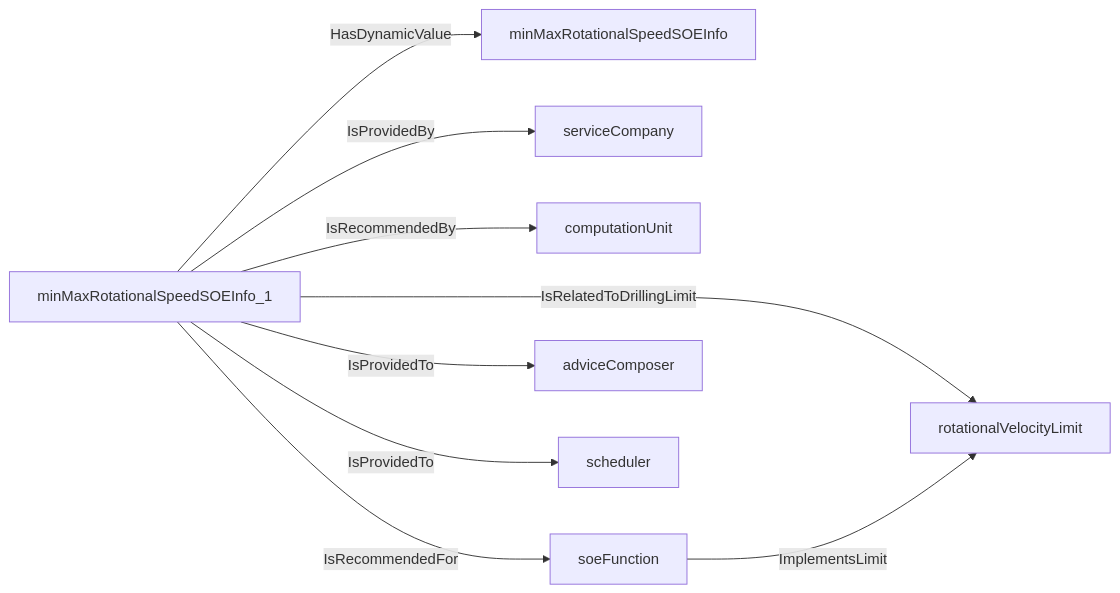
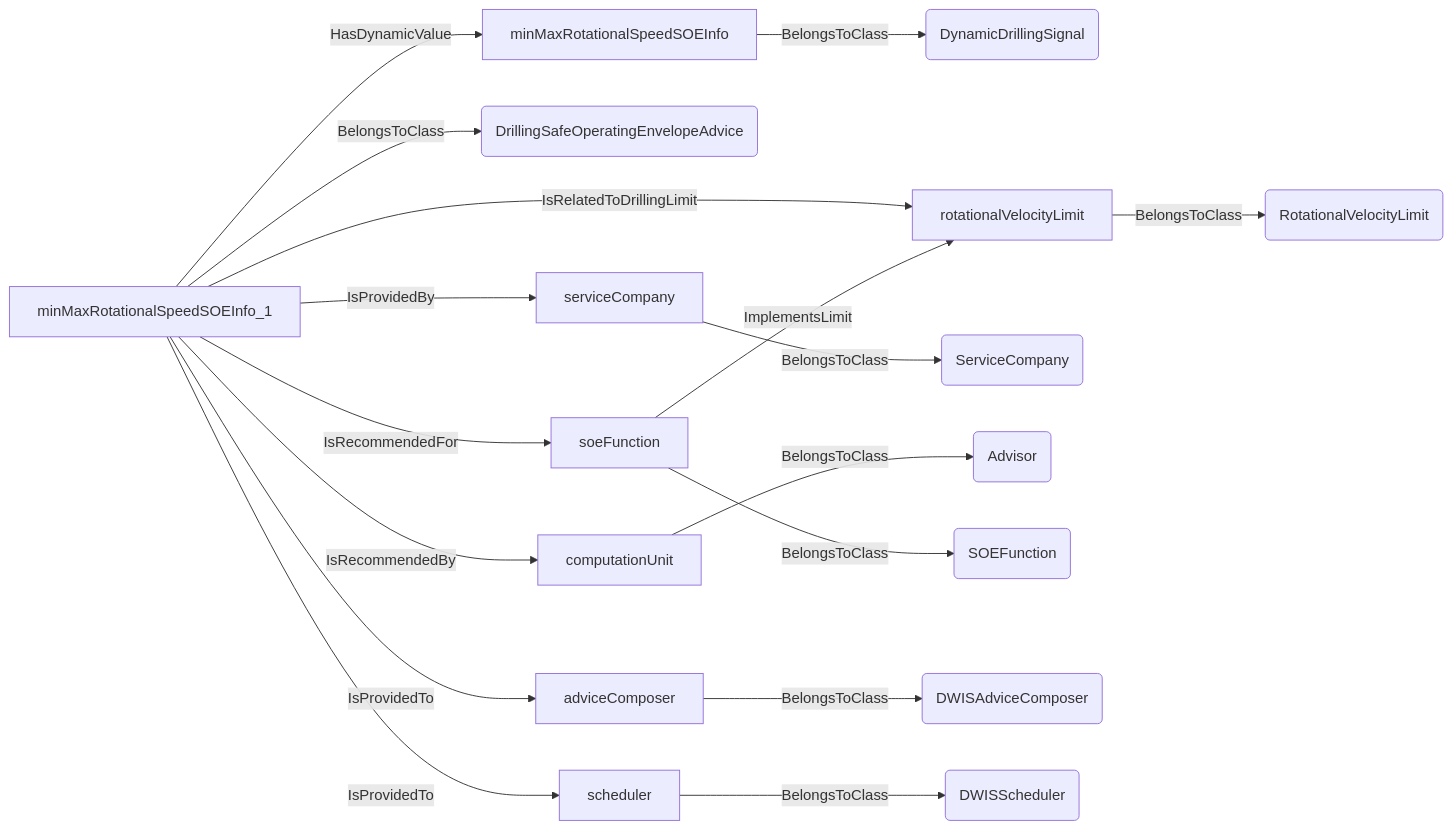
The third of 11 diagrams in docs/vocabulary_development/auto-generated/md/definition-files/DrillingLimit.md (D-WIS/DDHub-Semantic-Interoperability), drawn with Mermaid before and after one commit. The commit also changed other lines of this file and 14 other files, not shown here.

````diff
--- a/docs/vocabulary_development/auto-generated/md/definition-files/DrillingLimit.md
+++ b/docs/vocabulary_development/auto-generated/md/definition-files/DrillingLimit.md
@@ -104,11 +120,19 @@
 ```mermaid
 graph LR
-	N0000[minMaxRotationalSpeedSOEInfo_1] -->|HasDynamicValue| N0001[minMaxRotationalSpeedSOEInfo] 
-	N0000[minMaxRotationalSpeedSOEInfo_1] -->|IsRelatedToDrillingLimit| N0002[rotationalVelocityLimit] 
-	N0000[minMaxRotationalSpeedSOEInfo_1] -->|IsProvidedBy| N0003[serviceCompany] 
-	N0000[minMaxRotationalSpeedSOEInfo_1] -->|IsRecommendedBy| N0004[computationUnit] 
-	N0005[soeFunction] -->|ImplementsLimit| N0002[rotationalVelocityLimit] 
-	N0000[minMaxRotationalSpeedSOEInfo_1] -->|IsRecommendedFor| N0005[soeFunction] 
-	N0000[minMaxRotationalSpeedSOEInfo_1] -->|IsProvidedTo| N0006[adviceComposer] 
-	N0000[minMaxRotationalSpeedSOEInfo_1] -->|IsProvidedTo| N0007[scheduler] 
+	N0000[minMaxRotationalSpeedSOEInfo] -->|BelongsToClass| N0001(DynamicDrillingSignal) 
+	N0002[minMaxRotationalSpeedSOEInfo_1] -->|BelongsToClass| N0003(DrillingSafeOperatingEnvelopeAdvice) 
+	N0002[minMaxRotationalSpeedSOEInfo_1] -->|HasDynamicValue| N0000[minMaxRotationalSpeedSOEInfo] 
+	N0004[rotationalVelocityLimit] -->|BelongsToClass| N0005(RotationalVelocityLimit) 
+	N0002[minMaxRotationalSpeedSOEInfo_1] -->|IsRelatedToDrillingLimit| N0004[rotationalVelocityLimit] 
+	N0006[serviceCompany] -->|BelongsToClass| N0007(ServiceCompany) 
+	N0002[minMaxRotationalSpeedSOEInfo_1] -->|IsProvidedBy| N0006[serviceCompany] 
+	N0008[computationUnit] -->|BelongsToClass| N0009(Advisor) 
+	N0002[minMaxRotationalSpeedSOEInfo_1] -->|IsRecommendedBy| N0008[computationUnit] 
+	N0010[soeFunction] -->|BelongsToClass| N0011(SOEFunction) 
+	N0010[soeFunction] -->|ImplementsLimit| N0004[rotationalVelocityLimit] 
+	N0002[minMaxRotationalSpeedSOEInfo_1] -->|IsRecommendedFor| N0010[soeFunction] 
+	N0012[adviceComposer] -->|BelongsToClass| N0013(DWISAdviceComposer) 
+	N0002[minMaxRotationalSpeedSOEInfo_1] -->|IsProvidedTo| N0012[adviceComposer] 
+	N0014[scheduler] -->|BelongsToClass| N0015(DWISScheduler) 
+	N0002[minMaxRotationalSpeedSOEInfo_1] -->|IsProvidedTo| N0014[scheduler] 
 ```
````
